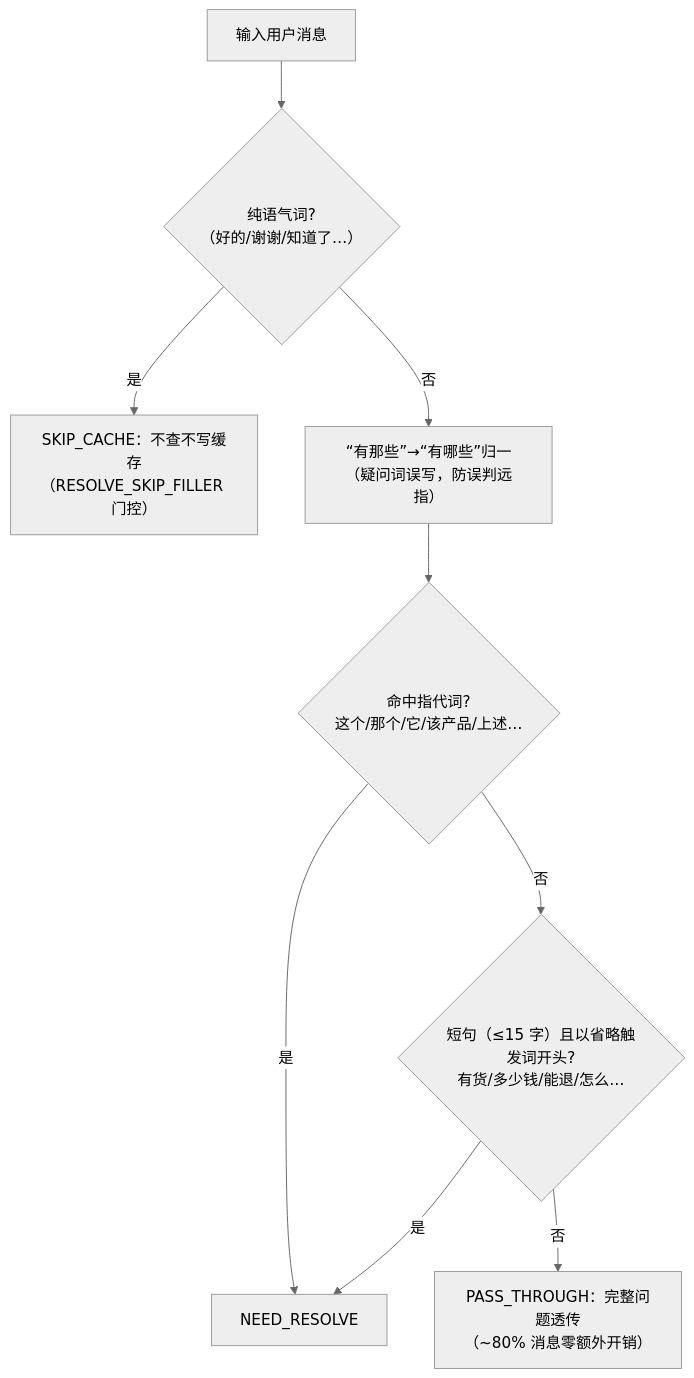
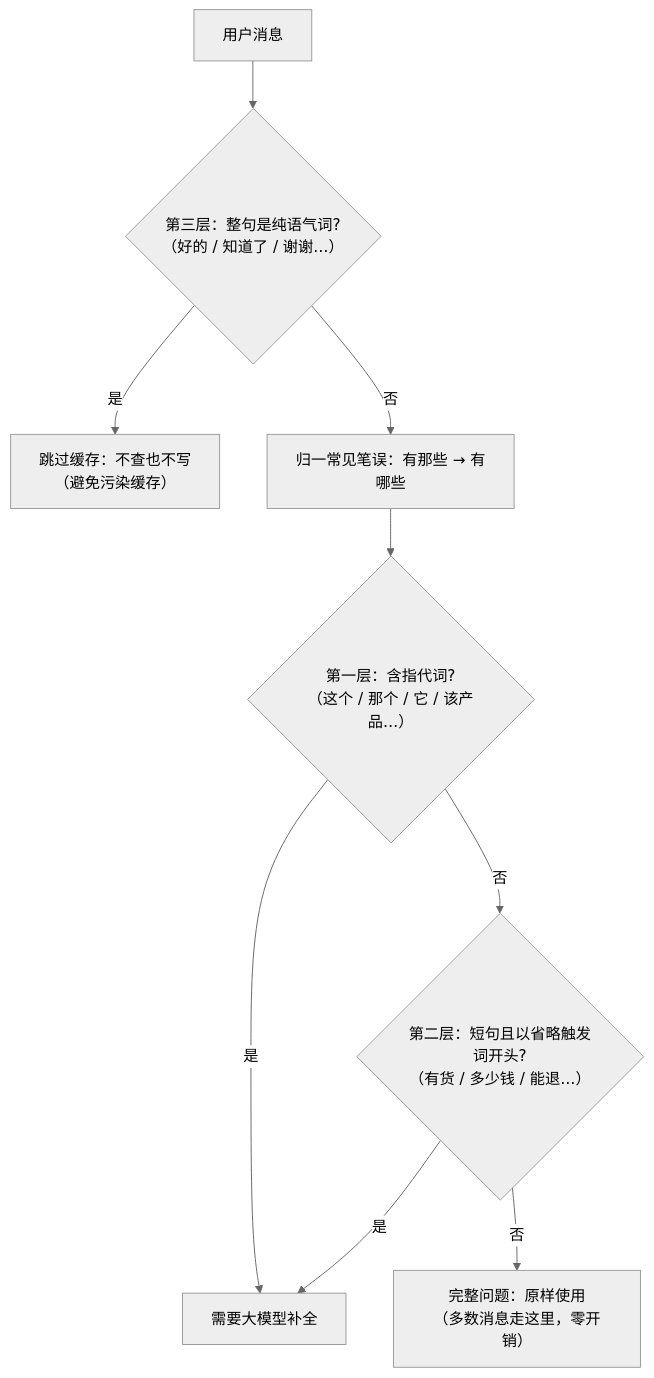
The sixth of 35 diagrams in docs/PROJECT_ANALYSIS.md (blowt16/SmartCS-Agent), drawn with Mermaid (neutral theme) before and after one commit. The commit also changed other lines of this file, not shown here.

Commit message:
[docs] PROJECT_ANALYSIS §4 流程图优化：全图节点加中文注释、主干化精简流程（22 张图重排 + 补 TimeoutGuard 运行图），保留关键代码实体括注，提升可读性

````diff
--- a/docs/PROJECT_ANALYSIS.md
+++ b/docs/PROJECT_ANALYSIS.md
@@ -375,11 +339,11 @@
 ```mermaid
 flowchart TD
-    A["输入用户消息"] --> B{"纯语气词?<br/>（好的/谢谢/知道了…）"}
-    B -->|"是"| C["SKIP_CACHE：不查不写缓存<br/>（RESOLVE_SKIP_FILLER 门控）"]
-    B -->|"否"| N["“有那些”→“有哪些”归一<br/>（疑问词误写，防误判远指）"]
-    N --> P{"命中指代词?<br/>这个/那个/它/该产品/上述…"}
-    P -->|"是"| R["NEED_RESOLVE"]
-    P -->|"否"| E{"短句（≤15 字）且以省略触发词开头?<br/>有货/多少钱/能退/怎么…"}
-    E -->|"是"| R
-    E -->|"否"| T["PASS_THROUGH：完整问题透传<br/>（~80% 消息零额外开销）"]
+    A["用户消息"] --> B{"第三层：整句是纯语气词?<br/>（好的 / 知道了 / 谢谢…）"}
+    B -->|"是"| C["跳过缓存：不查也不写<br/>（避免污染缓存）"]
+    B -->|"否"| P["归一常见笔误：有那些 → 有哪些"]
+    P --> Q{"第一层：含指代词?<br/>（这个 / 那个 / 它 / 该产品…）"}
+    Q -->|"是"| R["需要大模型补全"]
+    Q -->|"否"| S{"第二层：短句且以省略触发词开头?<br/>（有货 / 多少钱 / 能退…）"}
+    S -->|"是"| R
+    S -->|"否"| T["完整问题：原样使用<br/>（多数消息走这里，零开销）"]
 ```
````
